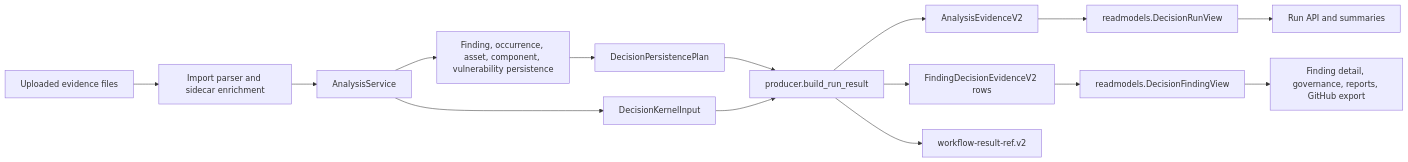
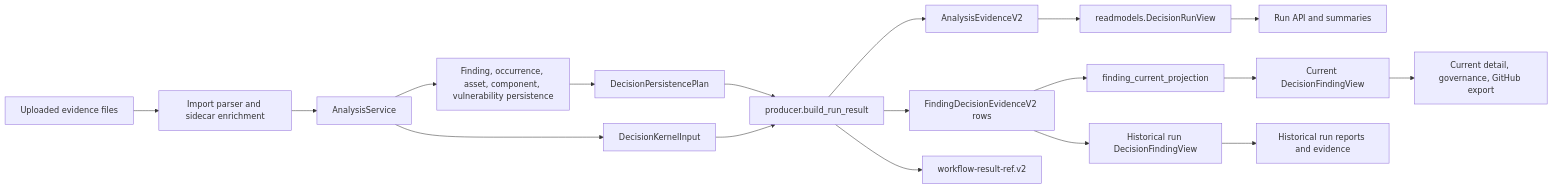
The diagram in docs/architecture/decision-evidence-kernel.md (Noetheon/vuln-prioritizer-workbench), drawn with Mermaid before and after one commit. The commit also changed other lines of this file and 170 other files, not shown here.

````diff
--- a/docs/architecture/decision-evidence-kernel.md
+++ b/docs/architecture/decision-evidence-kernel.md
@@ -32,17 +33,20 @@
 ```mermaid
 flowchart LR
   A["Uploaded evidence files"] --> B["Import parser and sidecar enrichment"]
   B --> C["AnalysisService"]
   C --> D["Finding, occurrence, asset, component, vulnerability persistence"]
   D --> E["DecisionPersistencePlan"]
   C --> F["DecisionKernelInput"]
   E --> G["producer.build_run_result"]
   F --> G
   G --> H["AnalysisEvidenceV2"]
   G --> I["FindingDecisionEvidenceV2 rows"]
+  I --> P["finding_current_projection"]
   G --> J["workflow-result-ref.v2"]
   H --> K["readmodels.DecisionRunView"]
-  I --> L["readmodels.DecisionFindingView"]
+  I --> L["Historical run DecisionFindingView"]
+  P --> Q["Current DecisionFindingView"]
   K --> M["Run API and summaries"]
-  L --> N["Finding detail, governance, reports, GitHub export"]
+  L --> N["Historical run reports and evidence"]
+  Q --> O["Current detail, governance, GitHub export"]
 ```
````
